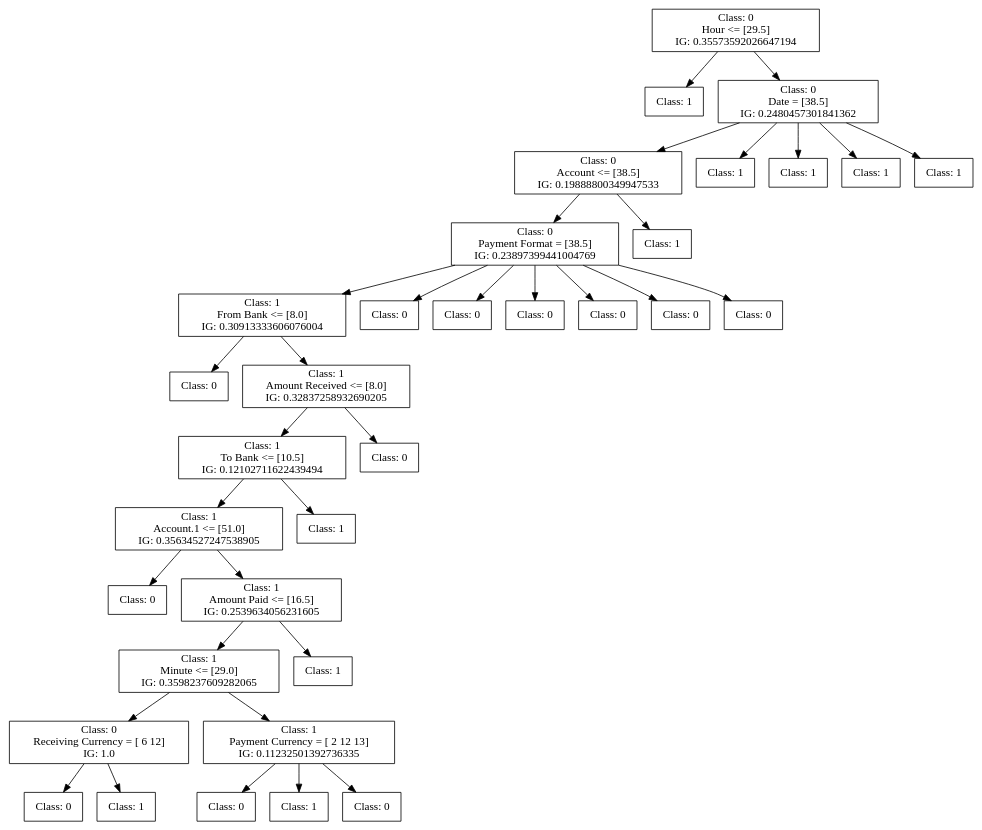
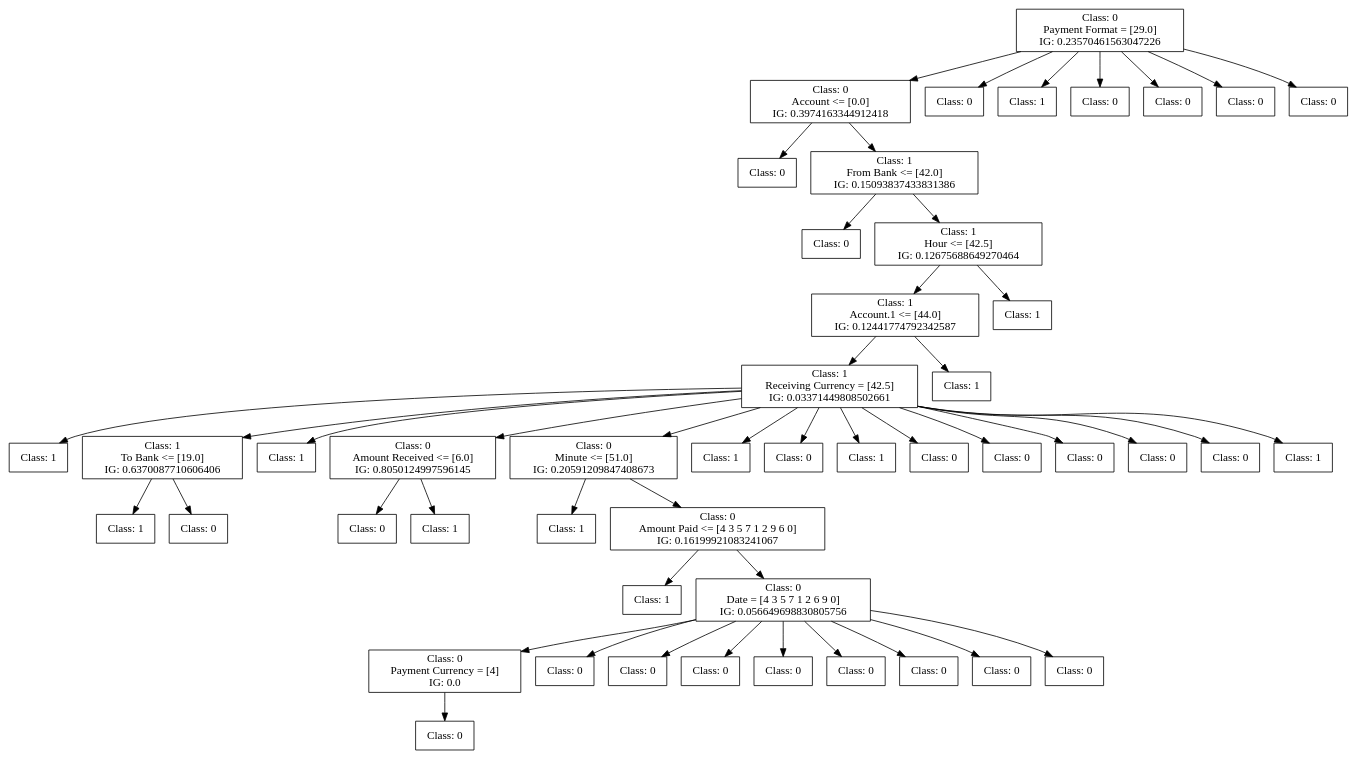
Before and after one commit to FedericoBruzzone/anti-money-laundering: the diagram in dot_figs/tree-c45-undersampling.dot, drawn with Graphviz. The commit also changed 13 other files, not shown here.

```diff
--- a/dot_figs/tree-c45-undersampling.dot
+++ b/dot_figs/tree-c45-undersampling.dot
@@ -1,117 +1,159 @@
 digraph DecisionTree {
 	rankdir=TD;
 	node [shape=box];
-	1812482472064 [label="Class: 0
-Hour <= [29.5]
-IG: 0.35573592026647194"];
-	1812482937168 [label="Class: 1
+	2509816995056 [label="Class: 0
+Payment Format = [29.0]
+IG: 0.23570461563047226"];
+	2509932849920 [label="Class: 0
+Account <= [0.0]
+IG: 0.3974163344912418"];
+	2509816995056 -> 2509932849920;
+	2509728976128 [label="Class: 0
 "];
-	1812482472064 -> 1812482937168;
-	1812482936736 [label="Class: 0
-Date = [38.5]
-IG: 0.2480457301841362"];
-	1812482472064 -> 1812482936736;
-	1812482936880 [label="Class: 0
-Account <= [38.5]
-IG: 0.19888800349947533"];
-	1812482936736 -> 1812482936880;
-	1812482937024 [label="Class: 0
-Payment Format = [38.5]
-IG: 0.23897399441004769"];
-	1812482936880 -> 1812482937024;
-	1812482933280 [label="Class: 1
-From Bank <= [8.0]
-IG: 0.30913333606076004"];
-	1812482937024 -> 1812482933280;
-	1812482940384 [label="Class: 0
+	2509932849920 -> 2509728976128;
+	2509728976560 [label="Class: 1
+From Bank <= [42.0]
+IG: 0.15093837433831386"];
+	2509932849920 -> 2509728976560;
+	2509728984288 [label="Class: 0
 "];
-	1812482933280 -> 1812482940384;
-	1812482943024 [label="Class: 1
-Amount Received <= [8.0]
-IG: 0.32837258932690205"];
-	1812482933280 -> 1812482943024;
-	1812482932800 [label="Class: 1
-To Bank <= [10.5]
-IG: 0.12102711622439494"];
-	1812482943024 -> 1812482932800;
-	1812482935968 [label="Class: 1
-Account.1 <= [51.0]
-IG: 0.35634527247538905"];
-	1812482932800 -> 1812482935968;
-	1812482940336 [label="Class: 0
+	2509728976560 -> 2509728984288;
+	2509728984480 [label="Class: 1
+Hour <= [42.5]
+IG: 0.12675688649270464"];
+	2509728976560 -> 2509728984480;
+	2509728746032 [label="Class: 1
+Account.1 <= [44.0]
+IG: 0.12441774792342587"];
+	2509728984480 -> 2509728746032;
+	2509728753472 [label="Class: 1
+Receiving Currency = [42.5]
+IG: 0.03371449808502661"];
+	2509728746032 -> 2509728753472;
+	2509728758512 [label="Class: 1
 "];
-	1812482935968 -> 1812482940336;
-	1812482941056 [label="Class: 1
-Amount Paid <= [16.5]
-IG: 0.2539634056231605"];
-	1812482935968 -> 1812482941056;
-	1812482937216 [label="Class: 1
-Minute <= [29.0]
-IG: 0.3598237609282065"];
-	1812482941056 -> 1812482937216;
-	1812482939184 [label="Class: 0
-Receiving Currency = [ 6 12]
-IG: 1.0"];
-	1812482937216 -> 1812482939184;
-	1812482933328 [label="Class: 0
+	2509728753472 -> 2509728758512;
+	2509728755920 [label="Class: 1
+To Bank <= [19.0]
+IG: 0.6370087710606406"];
+	2509728753472 -> 2509728755920;
+	2509728732048 [label="Class: 1
 "];
-	1812482939184 -> 1812482933328;
-	1812482941632 [label="Class: 1
+	2509728755920 -> 2509728732048;
+	2509728732480 [label="Class: 0
 "];
-	1812482939184 -> 1812482941632;
-	1812482941536 [label="Class: 1
-Payment Currency = [ 2 12 13]
-IG: 0.11232501392736335"];
-	1812482937216 -> 1812482941536;
-	1812482941920 [label="Class: 0
+	2509728755920 -> 2509728732480;
+	2509728756832 [label="Class: 1
 "];
-	1812482941536 -> 1812482941920;
-	1812482935392 [label="Class: 1
+	2509728753472 -> 2509728756832;
+	2509728759760 [label="Class: 0
+Amount Received <= [6.0]
+IG: 0.8050124997596145"];
+	2509728753472 -> 2509728759760;
+	2509728734400 [label="Class: 0
 "];
-	1812482941536 -> 1812482935392;
-	1812482938464 [label="Class: 0
+	2509728759760 -> 2509728734400;
+	2509728734832 [label="Class: 1
 "];
-	1812482941536 -> 1812482938464;
-	1812482941248 [label="Class: 1
+	2509728759760 -> 2509728734832;
+	2509728759664 [label="Class: 0
+Minute <= [51.0]
+IG: 0.20591209847408673"];
+	2509728753472 -> 2509728759664;
+	2509728737136 [label="Class: 1
 "];
-	1812482941056 -> 1812482941248;
-	1812482940816 [label="Class: 1
+	2509728759664 -> 2509728737136;
+	2509728737568 [label="Class: 0
+Amount Paid <= [4 3 5 7 1 2 9 6 0]
+IG: 0.16199921083241067"];
+	2509728759664 -> 2509728737568;
+	2509728739632 [label="Class: 1
 "];
-	1812482932800 -> 1812482940816;
-	1812482940624 [label="Class: 0
+	2509728737568 -> 2509728739632;
+	2509728740064 [label="Class: 0
+Date = [4 3 5 7 1 2 6 9 0]
+IG: 0.056649698830805756"];
+	2509728737568 -> 2509728740064;
+	2509728741936 [label="Class: 0
+Payment Currency = [4]
+IG: 0.0"];
+	2509728740064 -> 2509728741936;
+	2509728740352 [label="Class: 0
 "];
-	1812482943024 -> 1812482940624;
-	1812482933616 [label="Class: 0
+	2509728741936 -> 2509728740352;
+	2509728741840 [label="Class: 0
 "];
-	1812482937024 -> 1812482933616;
-	1812482938704 [label="Class: 0
+	2509728740064 -> 2509728741840;
+	2509728741600 [label="Class: 0
 "];
-	1812482937024 -> 1812482938704;
-	1812482935104 [label="Class: 0
+	2509728740064 -> 2509728741600;
+	2509728740400 [label="Class: 0
 "];
-	1812482937024 -> 1812482935104;
-	1812482938224 [label="Class: 0
+	2509728740064 -> 2509728740400;
+	2509728741744 [label="Class: 0
 "];
-	1812482937024 -> 1812482938224;
-	1812482939952 [label="Class: 0
+	2509728740064 -> 2509728741744;
+	2509728734352 [label="Class: 0
 "];
-	1812482937024 -> 1812482939952;
-	1812482938032 [label="Class: 0
+	2509728740064 -> 2509728734352;
+	2509728734304 [label="Class: 0
 "];
-	1812482937024 -> 1812482938032;
-	1812482933184 [label="Class: 1
+	2509728740064 -> 2509728734304;
+	2509728742128 [label="Class: 0
 "];
-	1812482936880 -> 1812482933184;
-	1812482936976 [label="Class: 1
+	2509728740064 -> 2509728742128;
+	2509728742080 [label="Class: 0
 "];
-	1812482936736 -> 1812482936976;
-	1812482934720 [label="Class: 1
+	2509728740064 -> 2509728742080;
+	2509728759616 [label="Class: 1
 "];
-	1812482936736 -> 1812482934720;
-	1812482939280 [label="Class: 1
+	2509728753472 -> 2509728759616;
+	2509728757600 [label="Class: 0
 "];
-	1812482936736 -> 1812482939280;
-	1812482937552 [label="Class: 1
+	2509728753472 -> 2509728757600;
+	2509728757552 [label="Class: 1
 "];
-	1812482936736 -> 1812482937552;
+	2509728753472 -> 2509728757552;
+	2509728728064 [label="Class: 0
+"];
+	2509728753472 -> 2509728728064;
+	2509728728688 [label="Class: 0
+"];
+	2509728753472 -> 2509728728688;
+	2509728728880 [label="Class: 0
+"];
+	2509728753472 -> 2509728728880;
+	2509728729024 [label="Class: 0
+"];
+	2509728753472 -> 2509728729024;
+	2509728729168 [label="Class: 0
+"];
+	2509728753472 -> 2509728729168;
+	2509728729312 [label="Class: 1
+"];
+	2509728753472 -> 2509728729312;
+	2509728753904 [label="Class: 1
+"];
+	2509728746032 -> 2509728753904;
+	2509728746464 [label="Class: 1
+"];
+	2509728984480 -> 2509728746464;
+	2509932848624 [label="Class: 0
+"];
+	2509816995056 -> 2509932848624;
+	2509932846080 [label="Class: 1
+"];
+	2509816995056 -> 2509932846080;
+	2509932849584 [label="Class: 0
+"];
+	2509816995056 -> 2509932849584;
+	2509932845456 [label="Class: 0
+"];
+	2509816995056 -> 2509932845456;
+	2509932845408 [label="Class: 0
+"];
+	2509816995056 -> 2509932845408;
+	2509932850352 [label="Class: 0
+"];
+	2509816995056 -> 2509932850352;
 }
```
